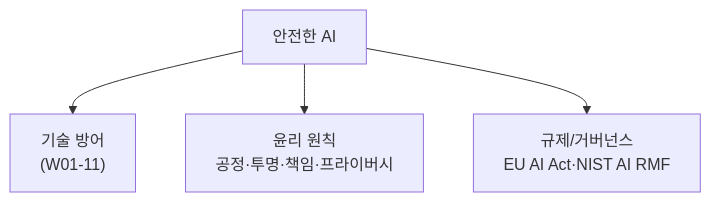
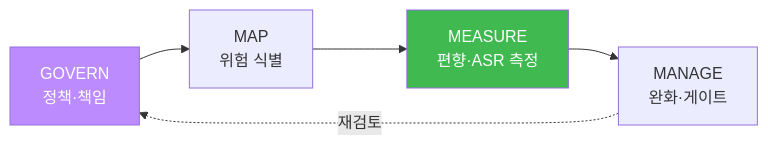
Before and after one commit to mrgrit/tw2: the fourth of 4 diagrams in contents/training/ai-safety/lecture_week12.md, drawn with Mermaid. The commit also changed other lines of this file and 22 other files, not shown here.

````diff
--- a/contents/training/ai-safety/lecture_week12.md
+++ b/contents/training/ai-safety/lecture_week12.md
@@ -42,6 +240,9 @@
 ```mermaid
-graph TD
-  S[안전한 AI] --> T["기술 방어<br/>(W01-11)"]
-  S --> E["윤리 원칙<br/>공정·투명·책임·프라이버시"]
-  S --> G["규제/거버넌스<br/>EU AI Act·NIST AI RMF"]
+graph LR
+    G["GOVERN<br/>정책·책임"] --> M["MAP<br/>위험 식별"]
+    M --> ME["MEASURE<br/>편향·ASR 측정"]
+    ME --> MA["MANAGE<br/>완화·게이트"]
+    MA -.재검토.-> G
+    style G fill:#bc8cff,color:#fff
+    style ME fill:#3fb950,color:#fff
 ```
````
